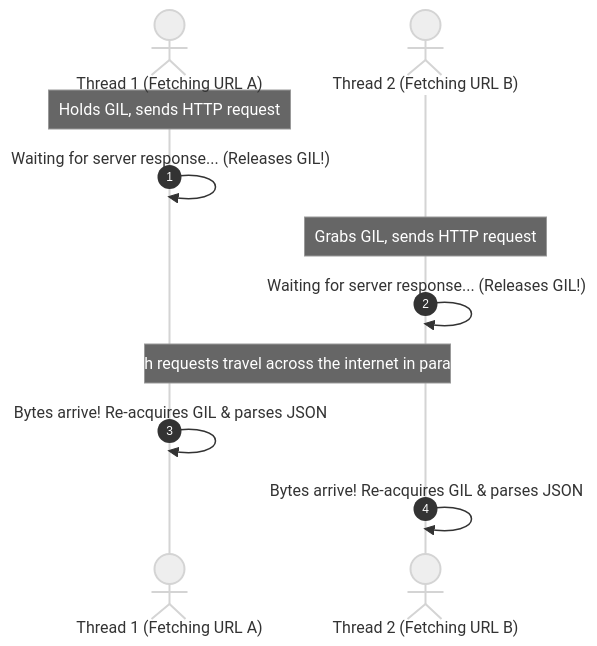
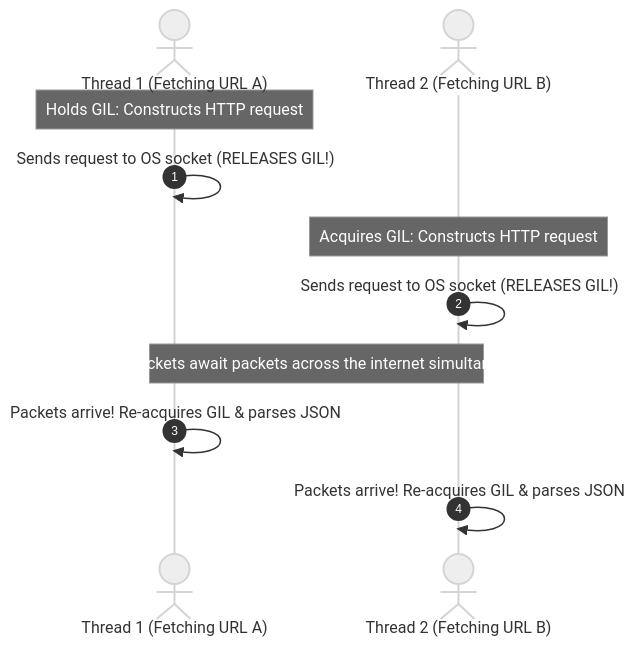
One commit to 1345AbhishekKumar/cs-cookbook changed the fourth of 9 diagrams in content/docs/learn-python/03-advanced/02-threading-vs-multiprocessing.mdx. Above: the diagram before and after it, drawn with Mermaid (neutral theme). The commit also changed other lines of this file and 211 other files, not shown here.

````diff
--- a/content/docs/learn-python/03-advanced/02-threading-vs-multiprocessing.mdx
+++ b/content/docs/learn-python/03-advanced/02-threading-vs-multiprocessing.mdx
@@ -70,13 +263,13 @@
 ```mermaid
 sequenceDiagram
     autonumber
-    actor Thread1 as Thread 1 (Fetching URL A)
-    actor Thread2 as Thread 2 (Fetching URL B)
-    Note over Thread1: Holds GIL, sends HTTP request
-    Thread1->>Thread1: Waiting for server response... (Releases GIL!)
-    Note over Thread2: Grabs GIL, sends HTTP request
-    Thread2->>Thread2: Waiting for server response... (Releases GIL!)
-    Note over Thread1,Thread2: Both requests travel across the internet in parallel!
-    Thread1->>Thread1: Bytes arrive! Re-acquires GIL & parses JSON
-    Thread2->>Thread2: Bytes arrive! Re-acquires GIL & parses JSON
+    actor T1 as Thread 1 (Fetching URL A)
+    actor T2 as Thread 2 (Fetching URL B)
+    Note over T1: Holds GIL: Constructs HTTP request
+    T1->>T1: Sends request to OS socket (RELEASES GIL!)
+    Note over T2: Acquires GIL: Constructs HTTP request
+    T2->>T2: Sends request to OS socket (RELEASES GIL!)
+    Note over T1,T2: Both sockets await packets across the internet simultaneously!
+    T1->>T1: Packets arrive! Re-acquires GIL & parses JSON
+    T2->>T2: Packets arrive! Re-acquires GIL & parses JSON
 ```
````
